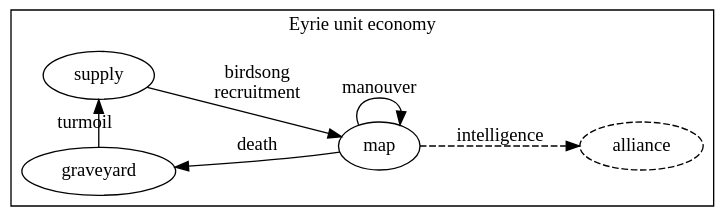
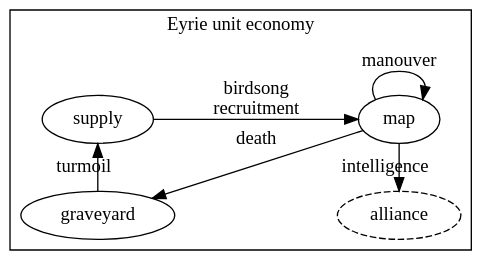
The diagram in diagrams/eyrie-units.dot (krawaller/root), drawn with Graphviz before and after one commit. The commit also changed 1 other file, not shown here.

```diff
--- a/diagrams/eyrie-units.dot
+++ b/diagrams/eyrie-units.dot
@@ -1,23 +1,26 @@
 digraph {
   rankdir = LR;
   bgcolor = transparent;
 
   subgraph cluster_eyrieunits {
 
     label = "Eyrie unit economy"
 
     graveyard -> supply [label="turmoil"]
 
     supply -> map [label="birdsong\nrecruitment"]
 
     map -> graveyard [label="death"]
 
     map -> map [label="manouver"]
 
     alliance [style="dashed"]
 
-    map -> alliance [label="intelligence" style="dashed"]
+    map -> alliance [label="intelligence"]
+
+    alliance -> graveyard [color=transparent]
 
     {rank=same; graveyard, supply}
+    {rank=same; map, alliance}
   }
 }
```
